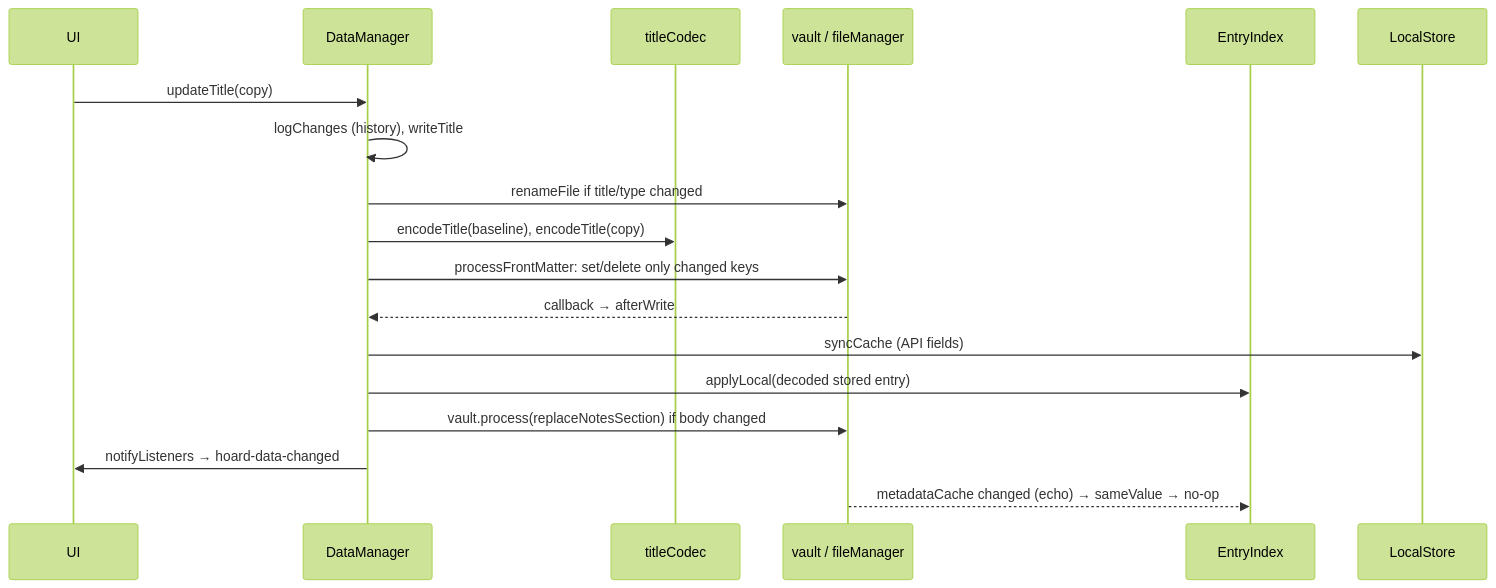
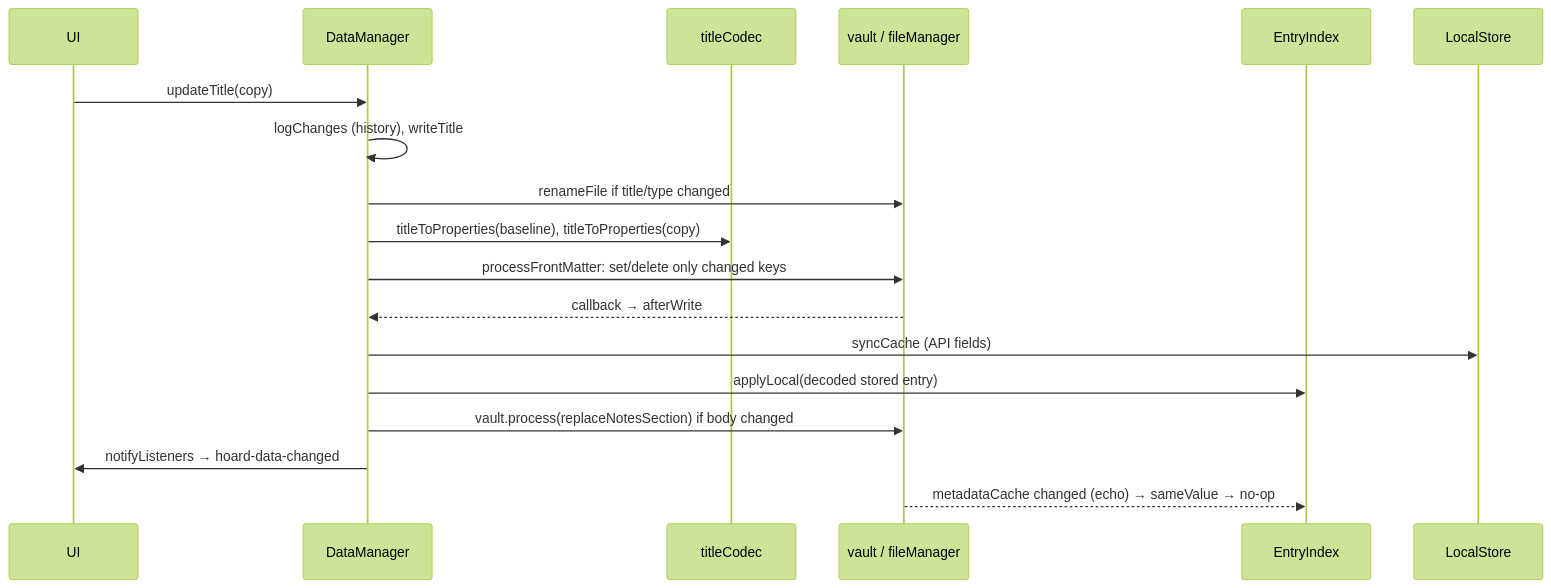
The diagram in docs/flows/entry-write.md (Macavity/obsidian-hoard), drawn with Mermaid (forest theme) before and after one commit. The commit also changed 12 other files, not shown here.

````diff
--- a/docs/flows/entry-write.md
+++ b/docs/flows/entry-write.md
@@ -21,20 +21,20 @@
 ```mermaid
 sequenceDiagram
   participant UI
   participant DM as DataManager
   participant C as titleCodec
   participant V as vault / fileManager
   participant I as EntryIndex
   participant L as LocalStore
   UI->>DM: updateTitle(copy)
   DM->>DM: logChanges (history), writeTitle
   DM->>V: renameFile if title/type changed
-  DM->>C: encodeTitle(baseline), encodeTitle(copy)
+  DM->>C: titleToProperties(baseline), titleToProperties(copy)
   DM->>V: processFrontMatter: set/delete only changed keys
   V-->>DM: callback → afterWrite
   DM->>L: syncCache (API fields)
   DM->>I: applyLocal(decoded stored entry)
   DM->>V: vault.process(replaceNotesSection) if body changed
   DM->>UI: notifyListeners → hoard-data-changed
   V-->>I: metadataCache changed (echo) → sameValue → no-op
 ```
````
